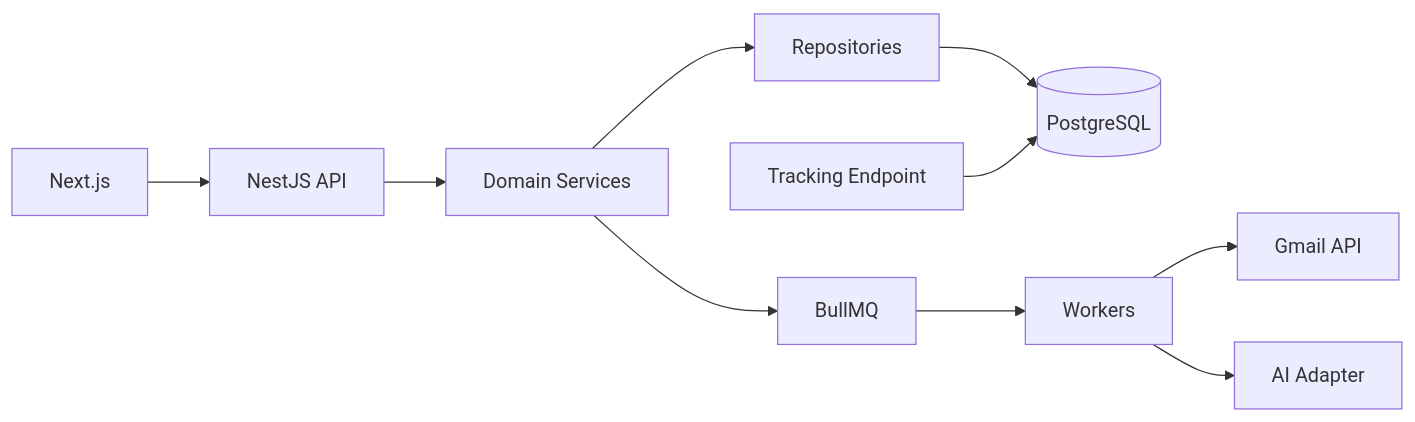
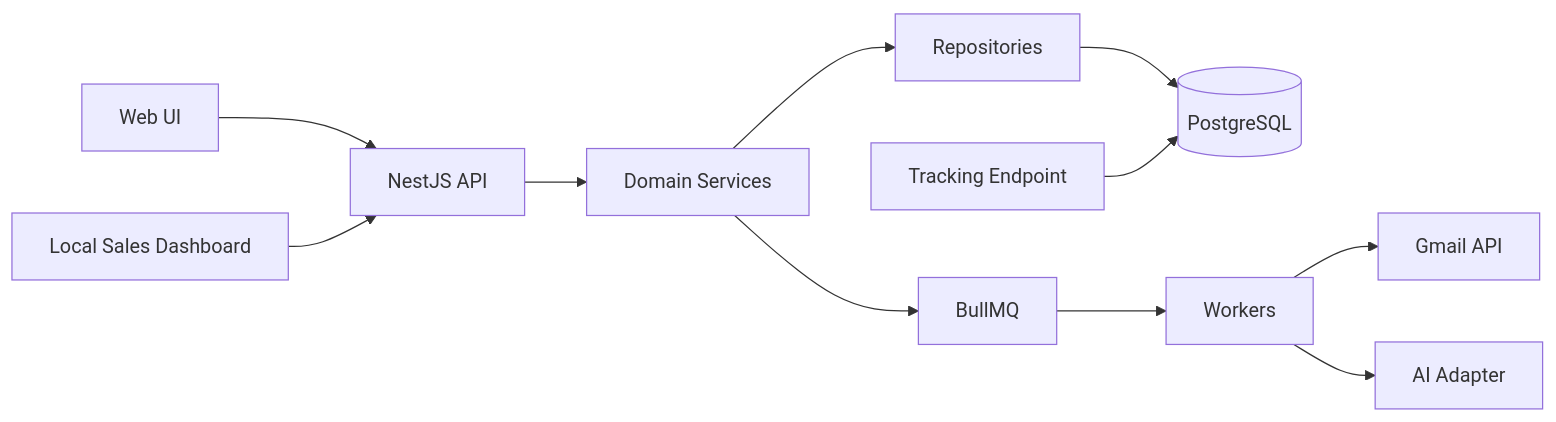
Before and after one commit to YamaBookHub/sales-ai-system: the diagram in docs/02_ARCHITECTURE.md, drawn with Mermaid. The commit also changed other lines of this file and 4 other files, not shown here.

Commit message:
Align specs with local dashboard MVP

````diff
--- a/docs/02_ARCHITECTURE.md
+++ b/docs/02_ARCHITECTURE.md
@@ -9,12 +9,13 @@
 ```mermaid
 flowchart LR
-  UI[Next.js] --> API[NestJS API]
+  UI[Web UI] --> API[NestJS API]
+  Local[Local Sales Dashboard] --> API
   API --> S[Domain Services]
   S --> R[Repositories]
   R --> DB[(PostgreSQL)]
   S --> Q[BullMQ]
   Q --> W[Workers]
   W --> Gmail[Gmail API]
   W --> AI[AI Adapter]
   Track[Tracking Endpoint] --> DB
 ```
````
